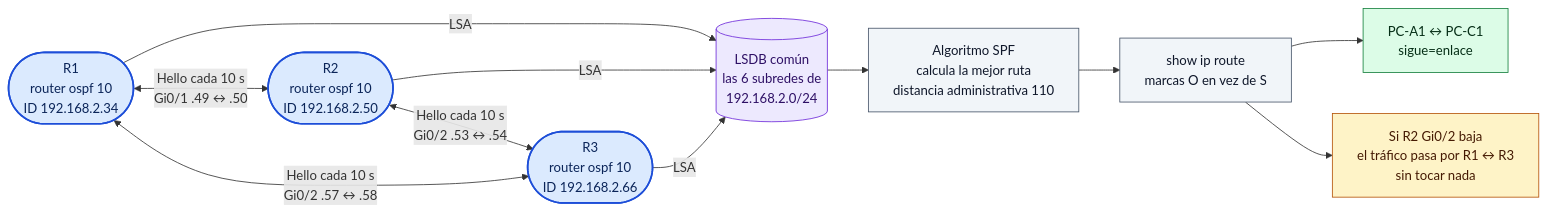
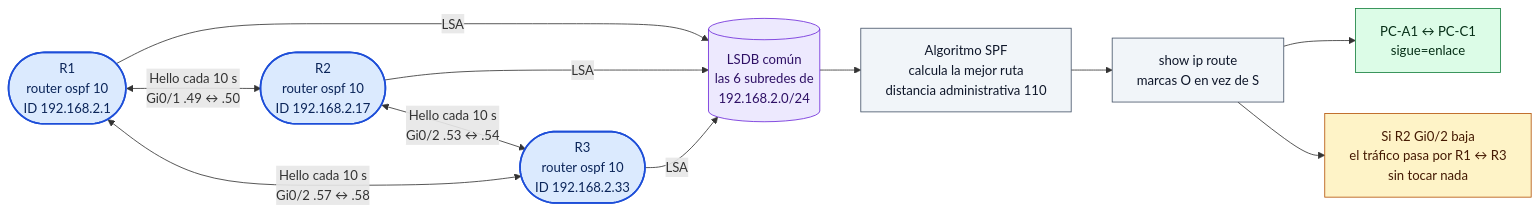
One commit to isaca0315/laboratorio-vlan-dhcp changed the fifth of 5 diagrams in DIAGRAMAS.md. Above: the diagram before and after it, drawn with Mermaid. The commit also changed other lines of this file and 3 other files, not shown here.

````diff
--- a/DIAGRAMAS.md
+++ b/DIAGRAMAS.md
@@ -176,31 +176,31 @@
 ```mermaid
 flowchart LR
-  R1(["R1<br/>router ospf 10<br/>ID 192.168.2.34"])
-  R2(["R2<br/>router ospf 10<br/>ID 192.168.2.50"])
-  R3(["R3<br/>router ospf 10<br/>ID 192.168.2.66"])
+  R1(["R1<br/>router ospf 10<br/>ID 192.168.2.1"])
+  R2(["R2<br/>router ospf 10<br/>ID 192.168.2.17"])
+  R3(["R3<br/>router ospf 10<br/>ID 192.168.2.33"])
 
   R1 <-->|"Hello cada 10 s<br/>Gi0/1 .49 ↔ .50"| R2
   R2 <-->|"Hello cada 10 s<br/>Gi0/2 .53 ↔ .54"| R3
   R3 <-->|"Hello cada 10 s<br/>Gi0/2 .57 ↔ .58"| R1
 
   DB[("LSDB común<br/>las 6 subredes de<br/>192.168.2.0/24")]
   R1 -->|"LSA"| DB
   R2 -->|"LSA"| DB
   R3 -->|"LSA"| DB
 
   DB --> SPF["Algoritmo SPF<br/>calcula la mejor ruta<br/>distancia administrativa 110"]
   SPF --> TABLA["show ip route<br/>marcas O en vez de S"]
   TABLA --> PC["PC-A1 ↔ PC-C1<br/>sigue=enlace"]
   TABLA --> CORTE["Si R2 Gi0/2 baja<br/>el tráfico pasa por R1 ↔ R3<br/>sin tocar nada"]
 
   classDef router fill:#dbeafe,stroke:#1d4ed8,stroke-width:2px,color:#0b2559
   classDef db fill:#ede9fe,stroke:#6d28d9,color:#2e1065
   classDef paso fill:#f1f5f9,stroke:#475569,color:#0f172a
   classDef ok fill:#dcfce7,stroke:#15803d,color:#052e16
   classDef warn fill:#fef3c7,stroke:#b45309,color:#451a03
   class R1,R2,R3 router
   class DB db
   class SPF,TABLA paso
   class PC ok
   class CORTE warn
 ```
````
